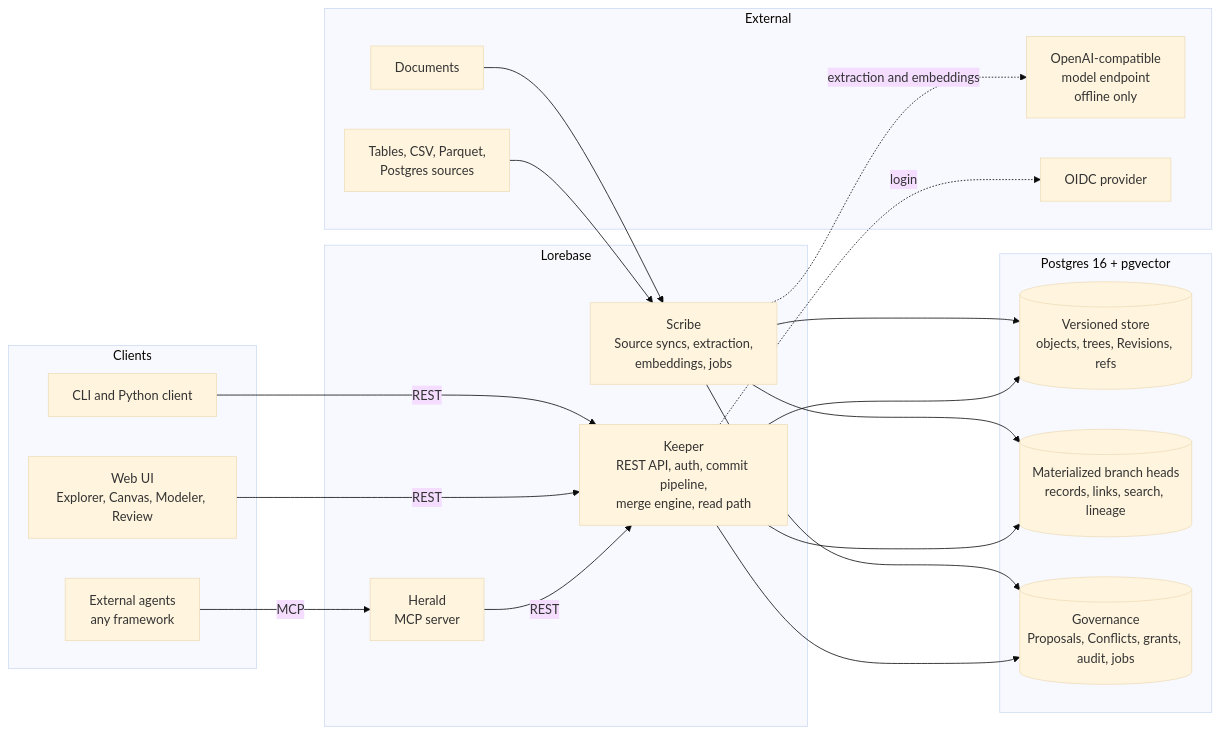
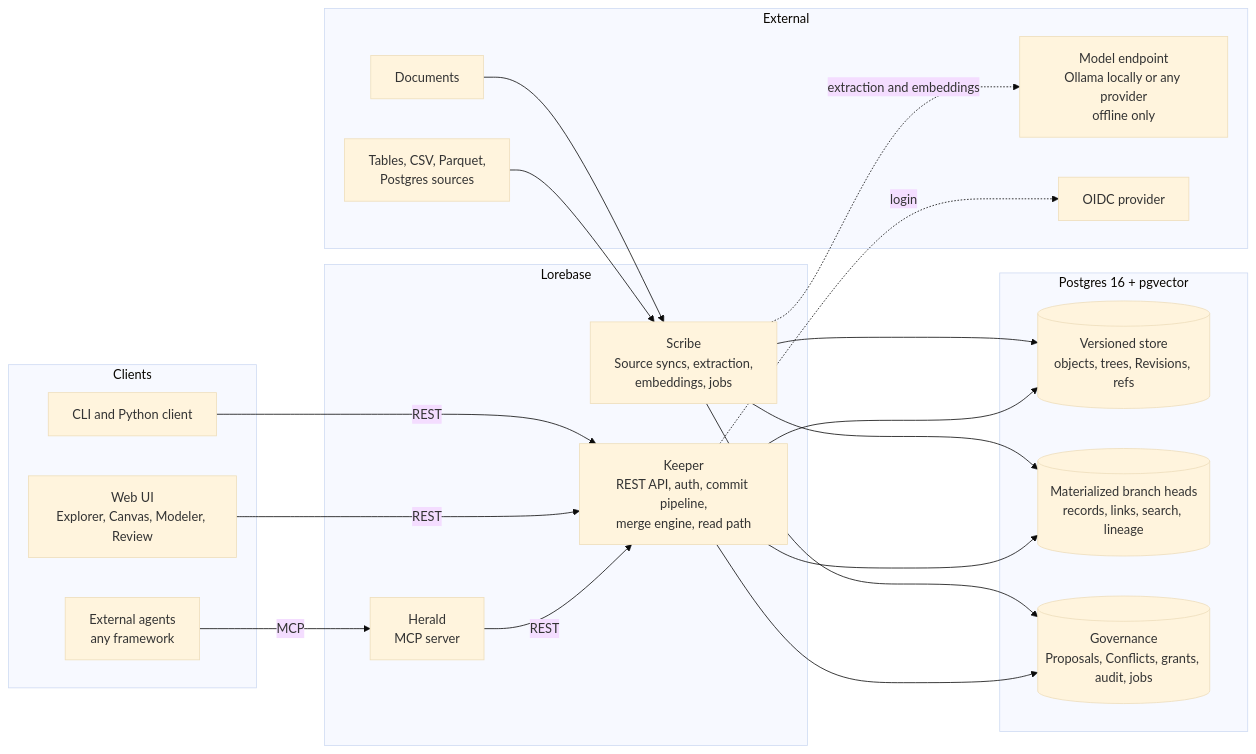
Before and after one commit to aantenore/lorebase: the diagram in README.md, drawn with Mermaid (base theme). The commit also changed other lines of this file and 2 other files, not shown here.

Commit message:
Design: model-agnostic inference, local by default

````diff
--- a/README.md
+++ b/README.md
@@ -78,42 +80,42 @@
 ```mermaid
 flowchart LR
   subgraph Clients
     A1[External agents<br/>any framework]
     A2[Web UI<br/>Explorer, Canvas, Modeler, Review]
     A3[CLI and Python client]
   end
 
   subgraph Lorebase
     H[Herald<br/>MCP server]
     K[Keeper<br/>REST API, auth, commit pipeline,<br/>merge engine, read path]
     S[Scribe<br/>Source syncs, extraction,<br/>embeddings, jobs]
   end
 
   subgraph Postgres16[Postgres 16 + pgvector]
     V[(Versioned store<br/>objects, trees, Revisions, refs)]
     M[(Materialized branch heads<br/>records, links, search, lineage)]
     G[(Governance<br/>Proposals, Conflicts, grants, audit, jobs)]
   end
 
   subgraph External
     SRC[Tables, CSV, Parquet,<br/>Postgres sources]
     DOC[Documents]
-    LLM[OpenAI-compatible<br/>model endpoint<br/>offline only]
+    LLM[Model endpoint<br/>Ollama locally or any provider<br/>offline only]
     IDP[OIDC provider]
   end
 
   A1 -- MCP --> H
   H -- REST --> K
   A2 -- REST --> K
   A3 -- REST --> K
   K --> V
   K --> M
   K --> G
   S --> V
   S --> M
   S --> G
   SRC --> S
   DOC --> S
   S -. extraction and embeddings .-> LLM
   K -. login .-> IDP
 ```
````
